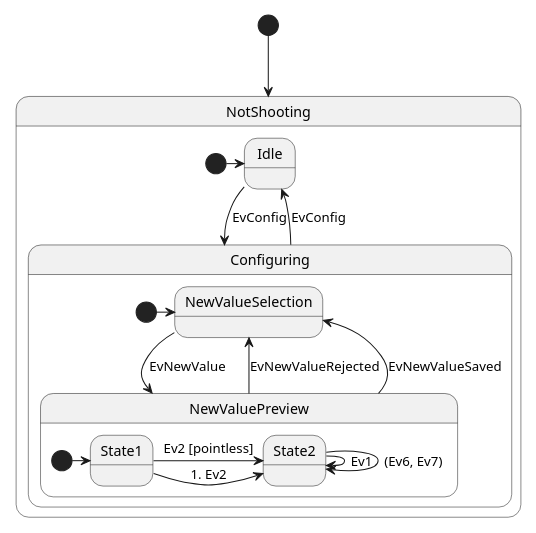
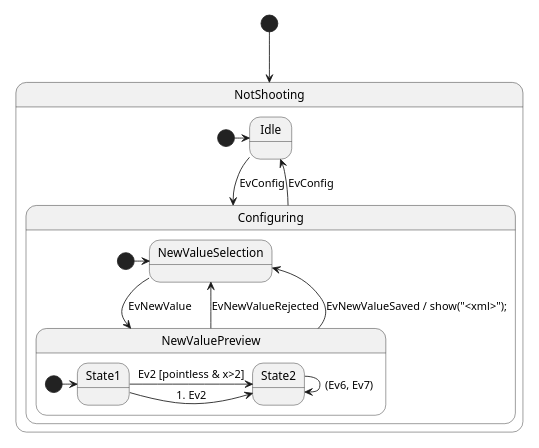
The diagram in src/StateSmithTest/Output/Sim/diagrams/PlantEx2.puml (StateSmith/StateSmith), drawn with PlantUML before and after one commit. The commit also changed 19 other files, not shown here.

Commit message:
lib - Simulator - diagram syntax highlighting! and other improvements/refactors.

```diff
--- a/src/StateSmithTest/Output/Sim/diagrams/PlantEx2.puml
+++ b/src/StateSmithTest/Output/Sim/diagrams/PlantEx2.puml
@@ -1,27 +1,26 @@
 @startuml PlantEx2
 ' from https://plantuml.com/state-diagram
 scale 350 width
 [*] --> NotShooting
 
 state NotShooting {
   [*] -> Idle
   Idle --> Configuring : EvConfig
   Configuring --> Idle : EvConfig
 }
 
 state Configuring {
   [*] -> NewValueSelection
   NewValueSelection --> NewValuePreview : EvNewValue
   NewValuePreview --> NewValueSelection : EvNewValueRejected
-  NewValuePreview --> NewValueSelection : EvNewValueSaved
+  NewValuePreview --> NewValueSelection : EvNewValueSaved / show("<xml>");
 
   state NewValuePreview {
     [*] -> State1
-    State1 -> State2 : Ev2 [pointless]
+    State1 -> State2 : Ev2 [pointless & x>2]
     State1 -> State2 : 1. Ev2
-    State2 -> State2 : Ev1
     State2 -> State2 : (Ev6, Ev7)
   }
 
 }
 @enduml
```
